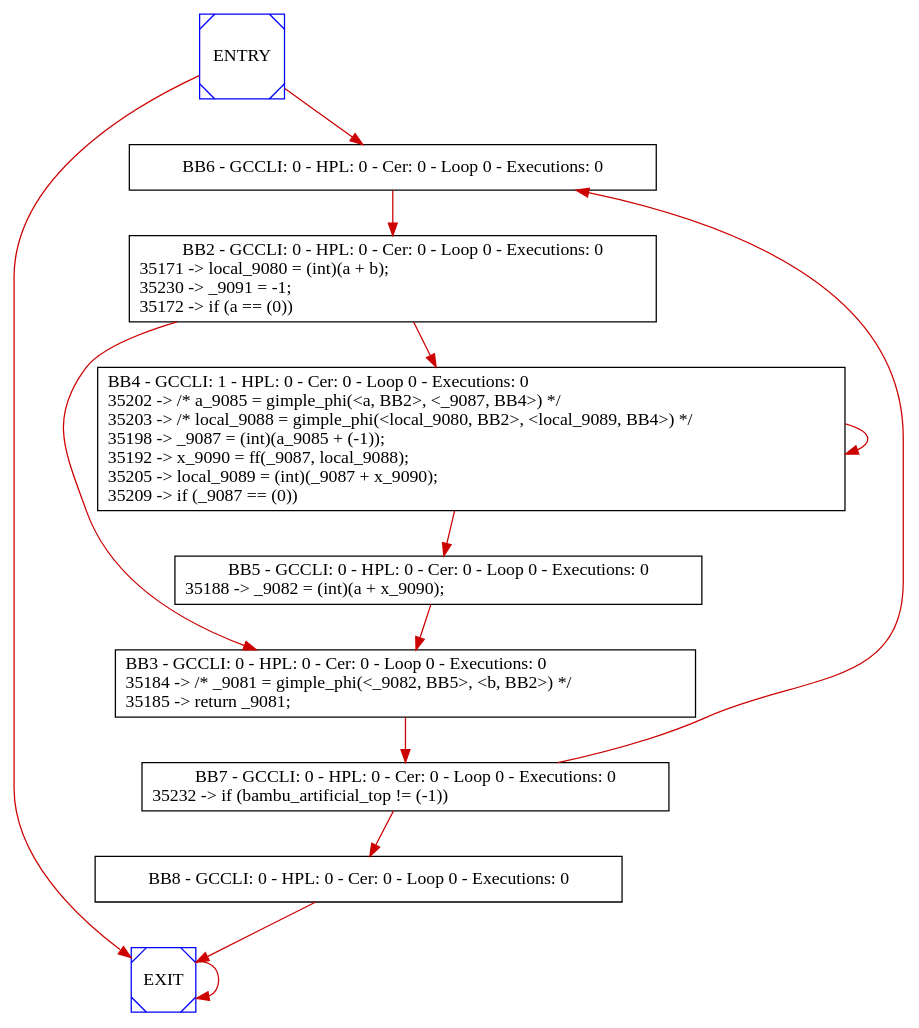
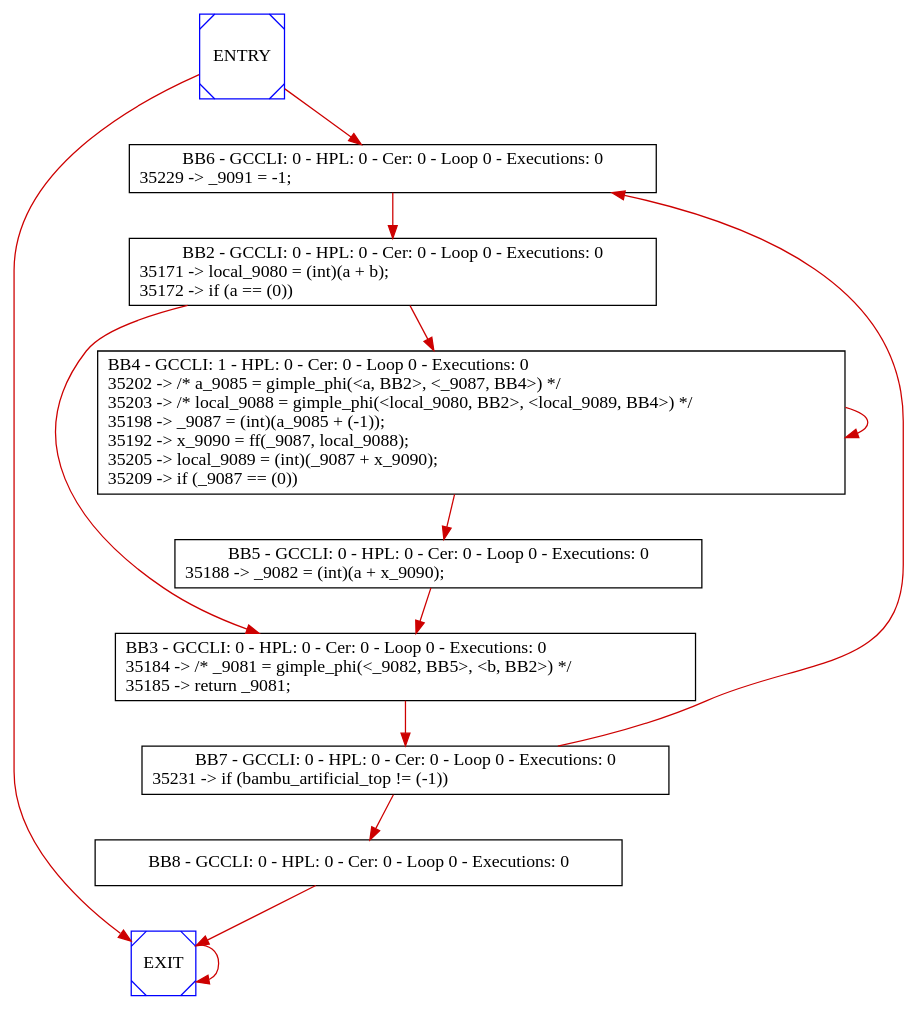
Before and after one commit to cjpopova/bambu-recurse: the diagram in IR_diagram/IR_transformed.dot, drawn with Graphviz. The commit also changed 1 other file, not shown here.

```diff
--- a/IR_diagram/IR_transformed.dot
+++ b/IR_diagram/IR_transformed.dot
@@ -1,24 +1,24 @@
 digraph G {
 0[color=blue,shape=Msquare, label="ENTRY"];
 1[color=blue,shape=Msquare, label="EXIT"];
-2[shape=box, label="BB2 - GCCLI: 0 - HPL: 0 - Cer: 0 - Loop 0 - Executions: 0\n35171 -> local_9080 = (int)(a + b);\l35230 -> _9091 = -1;\l35172 -> if (a == (0))\l"];
+2[shape=box, label="BB2 - GCCLI: 0 - HPL: 0 - Cer: 0 - Loop 0 - Executions: 0\n35171 -> local_9080 = (int)(a + b);\l35172 -> if (a == (0))\l"];
 3[shape=box, label="BB3 - GCCLI: 0 - HPL: 0 - Cer: 0 - Loop 0 - Executions: 0\l35184 -> /* _9081 = gimple_phi(<_9082, BB5>, <b, BB2>) */\l35185 -> return _9081;\l"];
 4[shape=box, label="BB4 - GCCLI: 1 - HPL: 0 - Cer: 0 - Loop 0 - Executions: 0\l35202 -> /* a_9085 = gimple_phi(<a, BB2>, <_9087, BB4>) */\l35203 -> /* local_9088 = gimple_phi(<local_9080, BB2>, <local_9089, BB4>) */\l35198 -> _9087 = (int)(a_9085 + (-1));\l35192 -> x_9090 = ff(_9087, local_9088);\l35205 -> local_9089 = (int)(_9087 + x_9090);\l35209 -> if (_9087 == (0))\l"];
 5[shape=box, label="BB5 - GCCLI: 0 - HPL: 0 - Cer: 0 - Loop 0 - Executions: 0\n35188 -> _9082 = (int)(a + x_9090);\l"];
-6[shape=box, label="BB6 - GCCLI: 0 - HPL: 0 - Cer: 0 - Loop 0 - Executions: 0"];
-7[shape=box, label="BB7 - GCCLI: 0 - HPL: 0 - Cer: 0 - Loop 0 - Executions: 0\n35232 -> if (bambu_artificial_top != (-1))\l"];
+6[shape=box, label="BB6 - GCCLI: 0 - HPL: 0 - Cer: 0 - Loop 0 - Executions: 0\n35229 -> _9091 = -1;\l"];
+7[shape=box, label="BB7 - GCCLI: 0 - HPL: 0 - Cer: 0 - Loop 0 - Executions: 0\n35231 -> if (bambu_artificial_top != (-1))\l"];
 8[shape=box, label="BB8 - GCCLI: 0 - HPL: 0 - Cer: 0 - Loop 0 - Executions: 0"];
 0->6 [fontcolor=blue, color=red3];
 1->1 [fontcolor=blue, color=red3];
 2->3 [fontcolor=blue, color=red3];
 2->4 [fontcolor=blue, color=red3];
 3->7 [fontcolor=blue, color=red3];
 4->5 [fontcolor=blue, color=red3];
 4->4 [fontcolor=blue, color=red3];
 5->3 [fontcolor=blue, color=red3];
 6->2 [fontcolor=blue, color=red3];
 7->6 [fontcolor=blue, color=red3];
 7->8 [fontcolor=blue, color=red3];
 8->1 [fontcolor=blue, color=red3];
 0->1 [fontcolor=blue, color=red3];
 }
```
